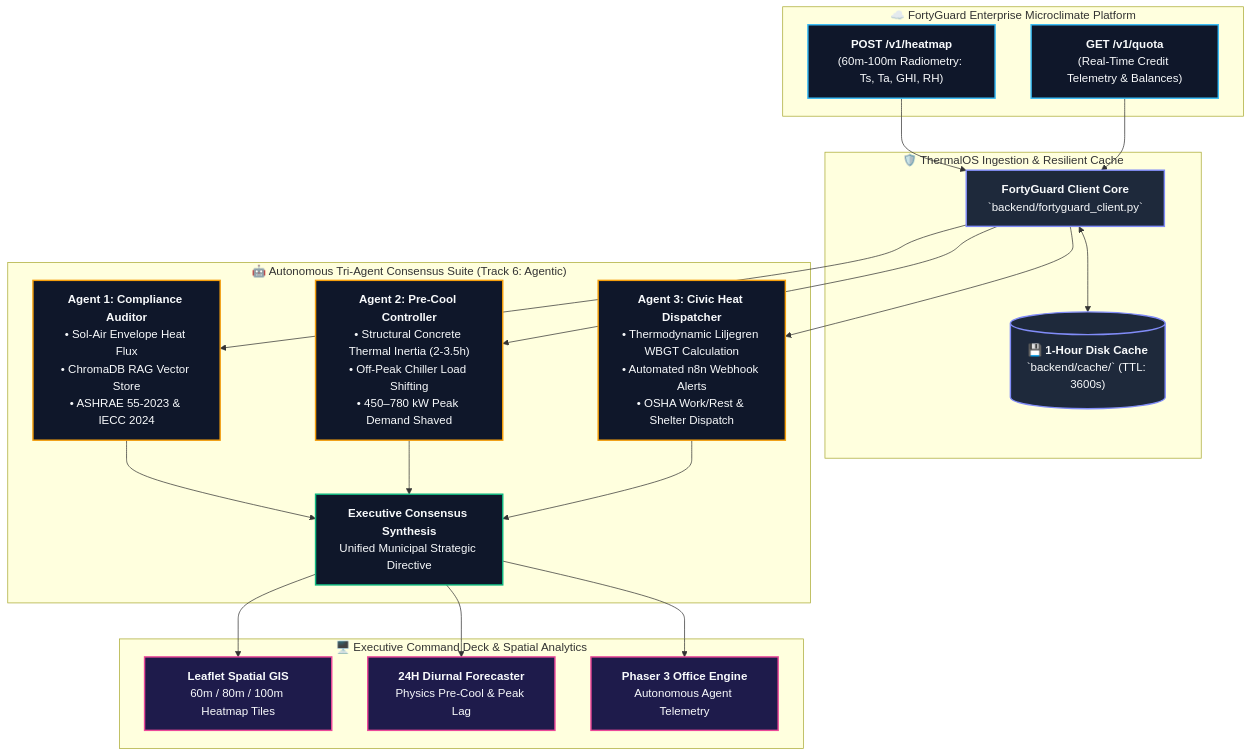
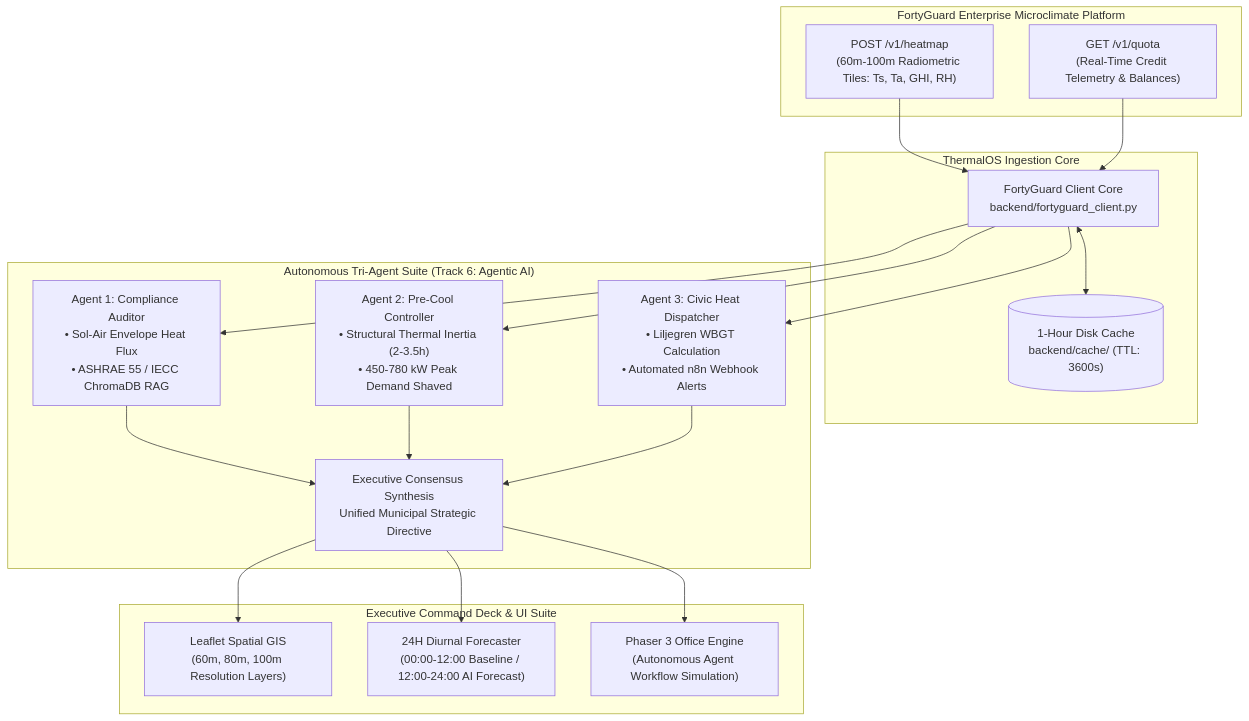
Before and after one commit to MuhammadUsman-Khan/ThermalOS: the diagram in README.md, drawn with Mermaid.

Commit message:
fix(docs): fix Mermaid diagram syntax to standard flowchart TD for GitHub markdown rendering

````diff
--- a/README.md
+++ b/README.md
@@ -38,47 +38,41 @@
 ```mermaid
-graph TD
-    classDef cloud fill:#0f172a,stroke:#38bdf8,stroke-width:2px,color:#f8fafc;
-    classDef client fill:#1e293b,stroke:#818cf8,stroke-width:2px,color:#f8fafc;
-    classDef agent fill:#0f172a,stroke:#f59e0b,stroke-width:2px,color:#f8fafc;
-    classDef engine fill:#0f172a,stroke:#10b981,stroke-width:2px,color:#f8fafc;
-    classDef ui fill:#1e1b4b,stroke:#ec4899,stroke-width:2px,color:#f8fafc;
-
-    subgraph FortyGuard_Cloud["☁️ FortyGuard Enterprise Microclimate Platform"]
-        FG_Heat["<b>POST /v1/heatmap</b><br/>(60m-100m Radiometry: Ts, Ta, GHI, RH)"]:::cloud
-        FG_Quota["<b>GET /v1/quota</b><br/>(Real-Time Credit Telemetry & Balances)"]:::cloud
+flowchart TD
+    subgraph FG["FortyGuard Enterprise Microclimate Platform"]
+        FG_Heat["POST /v1/heatmap<br/>(60m-100m Radiometric Tiles: Ts, Ta, GHI, RH)"]
+        FG_Quota["GET /v1/quota<br/>(Real-Time Credit Telemetry & Balances)"]
     end
 
-    subgraph Core_Bridge["🛡️ ThermalOS Ingestion & Resilient Cache"]
-        ClientCore["<b>FortyGuard Client Core</b><br/>`backend/fortyguard_client.py`"]:::client
-        DiskCache[("💾 <b>1-Hour Disk Cache</b><br/>`backend/cache/` (TTL: 3600s)")]:::client
+    subgraph Core["ThermalOS Ingestion Core"]
+        ClientCore["FortyGuard Client Core<br/>backend/fortyguard_client.py"]
+        DiskCache[("1-Hour Disk Cache<br/>backend/cache/ (TTL: 3600s)")]
     end
 
-    subgraph Autonomous_Agents["🤖 Autonomous Tri-Agent Consensus Suite (Track 6: Agentic)"]
-        A1["<b>Agent 1: Compliance Auditor</b><br/>• Sol-Air Envelope Heat Flux<br/>• ChromaDB RAG Vector Store<br/>• ASHRAE 55-2023 & IECC 2024"]:::agent
-        A2["<b>Agent 2: Pre-Cool Controller</b><br/>• Structural Concrete Thermal Inertia (2-3.5h)<br/>• Off-Peak Chiller Load Shifting<br/>• 450–780 kW Peak Demand Shaved"]:::agent
-        A3["<b>Agent 3: Civic Heat Dispatcher</b><br/>• Thermodynamic Liljegren WBGT Calculation<br/>• Automated n8n Webhook Alerts<br/>• OSHA Work/Rest & Shelter Dispatch"]:::agent
-        A_Syn["<b>Executive Consensus Synthesis</b><br/>Unified Municipal Strategic Directive"]:::engine
+    subgraph Agents["Autonomous Tri-Agent Suite (Track 6: Agentic AI)"]
+        A1["Agent 1: Compliance Auditor<br/>• Sol-Air Envelope Heat Flux<br/>• ASHRAE 55 / IECC ChromaDB RAG"]
+        A2["Agent 2: Pre-Cool Controller<br/>• Structural Thermal Inertia (2-3.5h)<br/>• 450-780 kW Peak Demand Shaved"]
+        A3["Agent 3: Civic Heat Dispatcher<br/>• Liljegren WBGT Calculation<br/>• Automated n8n Webhook Alerts"]
+        A_Syn["Executive Consensus Synthesis<br/>Unified Municipal Strategic Directive"]
     end
 
-    subgraph UI_Suite["🖥️ Executive Command Deck & Spatial Analytics"]
-        GIS["<b>Leaflet Spatial GIS</b><br/>60m / 80m / 100m Heatmap Tiles"]:::ui
-        Diurnal["<b>24H Diurnal Forecaster</b><br/>Physics Pre-Cool & Peak Lag"]:::ui
-        PhaserCanvas["<b>Phaser 3 Office Engine</b><br/>Autonomous Agent Telemetry"]:::ui
+    subgraph Deck["Executive Command Deck & UI Suite"]
+        GIS["Leaflet Spatial GIS<br/>(60m, 80m, 100m Resolution Layers)"]
+        Diurnal["24H Diurnal Forecaster<br/>(00:00-12:00 Baseline / 12:00-24:00 AI Forecast)"]
+        PhaserCanvas["Phaser 3 Office Engine<br/>(Autonomous Agent Workflow Simulation)"]
     end
 
     FG_Heat --> ClientCore
     FG_Quota --> ClientCore
     ClientCore <--> DiskCache
 
     ClientCore --> A1
     ClientCore --> A2
     ClientCore --> A3
 
     A1 --> A_Syn
     A2 --> A_Syn
     A3 --> A_Syn
 
     A_Syn --> GIS
     A_Syn --> Diurnal
     A_Syn --> PhaserCanvas
 ```
````
